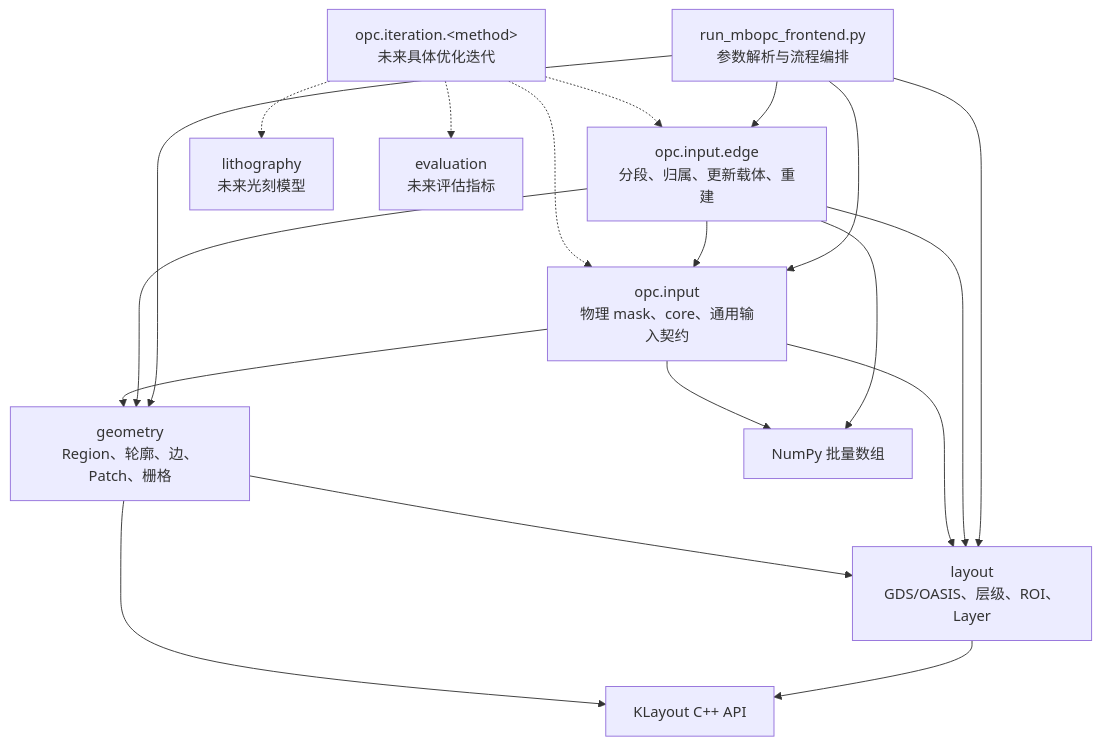
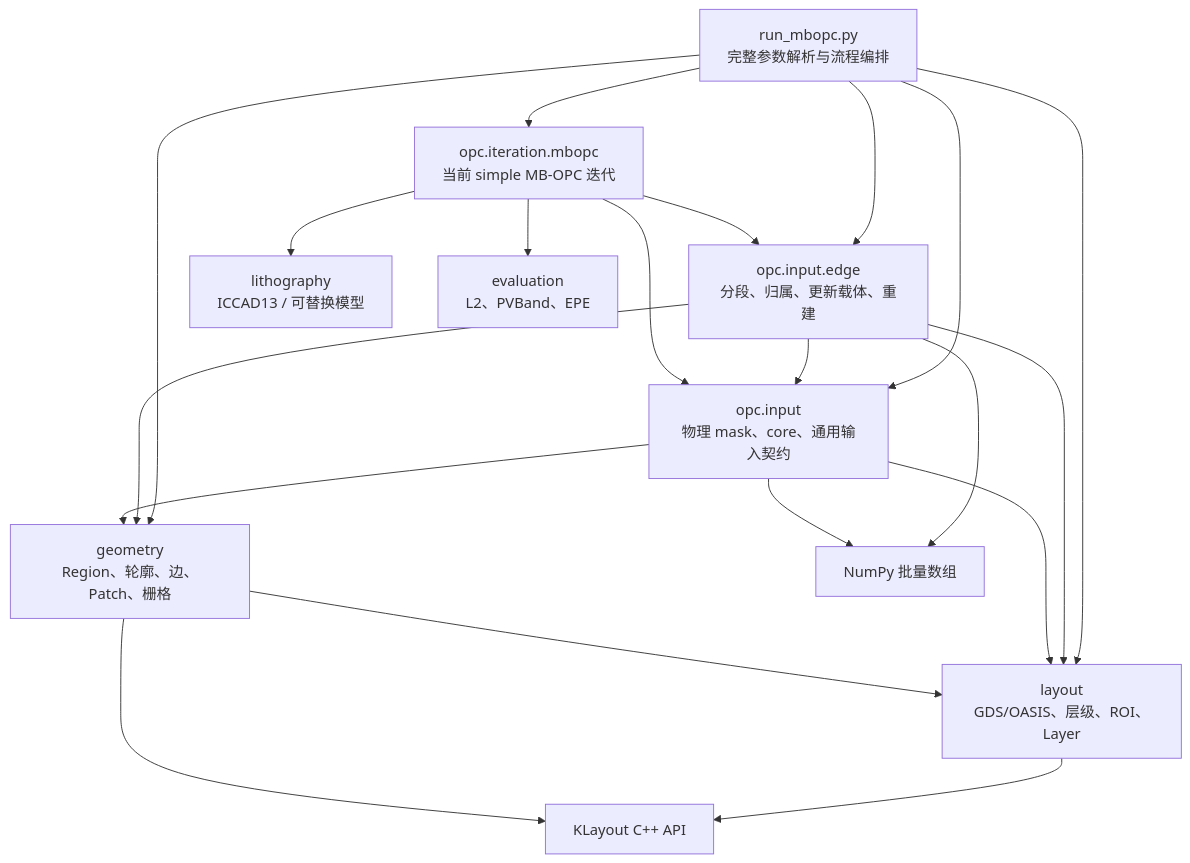
The first of 10 diagrams in doc/function_call_architecture.md (Eve429/MyOPC), drawn with Mermaid before and after one commit. The commit also changed other lines of this file and 15 other files, not shown here.

Commit message:
test(opc): harden topology and document full flow

````diff
--- a/doc/function_call_architecture.md
+++ b/doc/function_call_architecture.md
@@ -16,32 +16,33 @@
 ```mermaid
 flowchart TB
-    CLI["run_mbopc_frontend.py<br/>参数解析与流程编排"]
+    CLI["run_mbopc.py<br/>完整参数解析与流程编排"]
     MB["opc.input.edge<br/>分段、归属、更新载体、重建"]
     COMMON["opc.input<br/>物理 mask、core、通用输入契约"]
-    ITERATION["opc.iteration.&lt;method&gt;<br/>未来具体优化迭代"]
-    LITHOGRAPHY["lithography<br/>未来光刻模型"]
-    EVALUATION["evaluation<br/>未来评估指标"]
+    ITERATION["opc.iteration.mbopc<br/>当前 simple MB-OPC 迭代"]
+    LITHOGRAPHY["lithography<br/>ICCAD13 / 可替换模型"]
+    EVALUATION["evaluation<br/>L2、PVBand、EPE"]
     GEOMETRY["geometry<br/>Region、轮廓、边、Patch、栅格"]
     LAYOUT["layout<br/>GDS/OASIS、层级、ROI、Layer"]
     KLAYOUT["KLayout C++ API"]
     NUMPY["NumPy 批量数组"]
 
     CLI --> MB
     CLI --> COMMON
     CLI --> GEOMETRY
     CLI --> LAYOUT
     MB --> COMMON
     MB --> GEOMETRY
     MB --> LAYOUT
     COMMON --> GEOMETRY
     COMMON --> LAYOUT
     GEOMETRY --> LAYOUT
     LAYOUT --> KLAYOUT
     GEOMETRY --> KLAYOUT
     MB --> NUMPY
     COMMON --> NUMPY
-    ITERATION -.-> MB
-    ITERATION -.-> COMMON
-    ITERATION -.-> LITHOGRAPHY
-    ITERATION -.-> EVALUATION
+    CLI --> ITERATION
+    ITERATION --> MB
+    ITERATION --> COMMON
+    ITERATION --> LITHOGRAPHY
+    ITERATION --> EVALUATION
 ```
````
